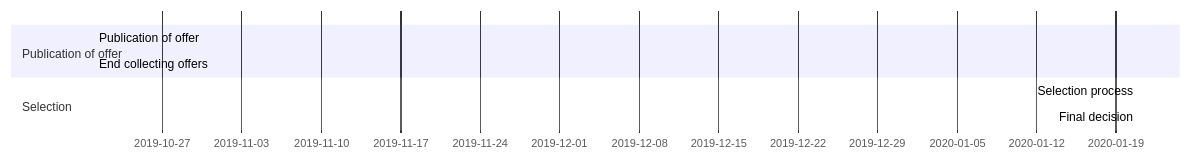
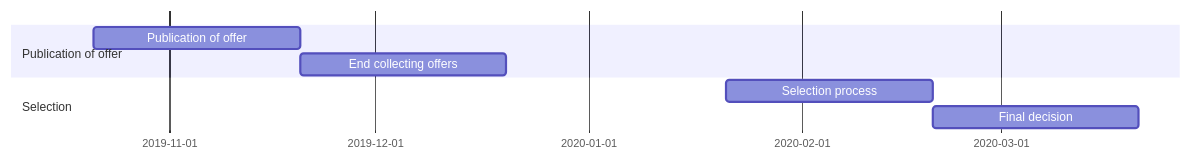
Before and after one commit to laurentperrinet/laurentperrinet.github.io: the diagram in content/post/2019-10-28_postdoc-position/index.md, drawn with Mermaid.

Commit message:
rebuilding site Fri Apr 24 22:10:40 CEST 2020

````diff
--- a/content/post/2019-10-28_postdoc-position/index.md
+++ b/content/post/2019-10-28_postdoc-position/index.md
@@ -64,10 +64,10 @@
 ```mermaid
 gantt
-  dateFormat  YYYY-MM-DD
+  dateFormat  YYYY-MM
   section Publication of offer
-  Publication of offer           :a1, 2019-10-21, 1m
-  End collecting offers      :after a1  , 1m
+  Publication of offer           :a1, 2019-10-21, 30d
+  End collecting offers      :after a1 , 30d
   section Selection
-  Selection process      :2020-01-21, 1m
-  Final decision      : 1m
+  Selection process      :2020-01-21, 30d
+  Final decision      : 30d
 ```
````
